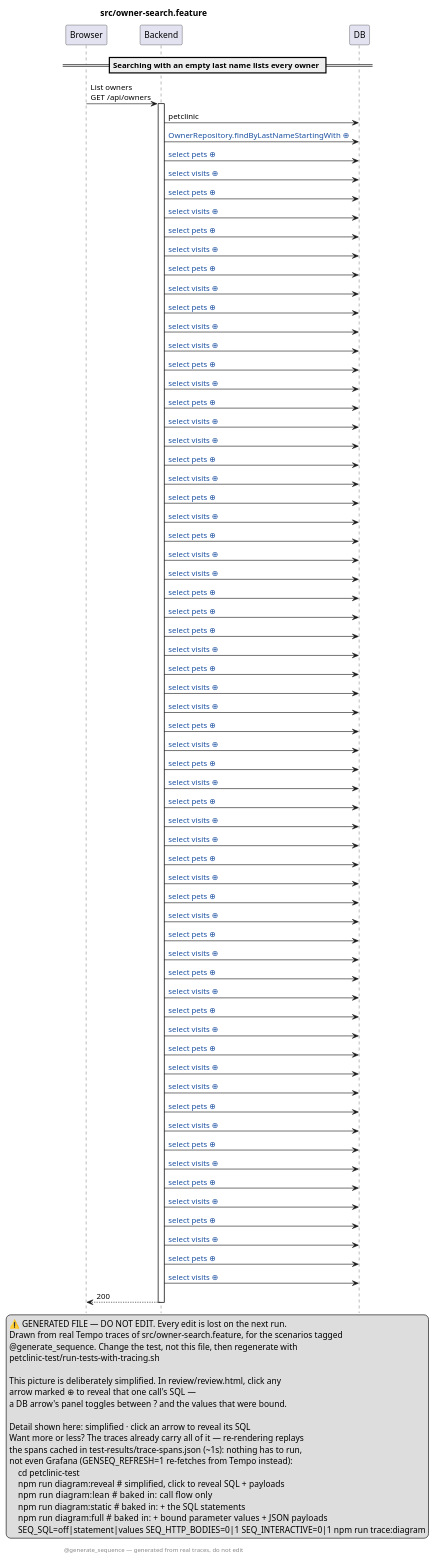
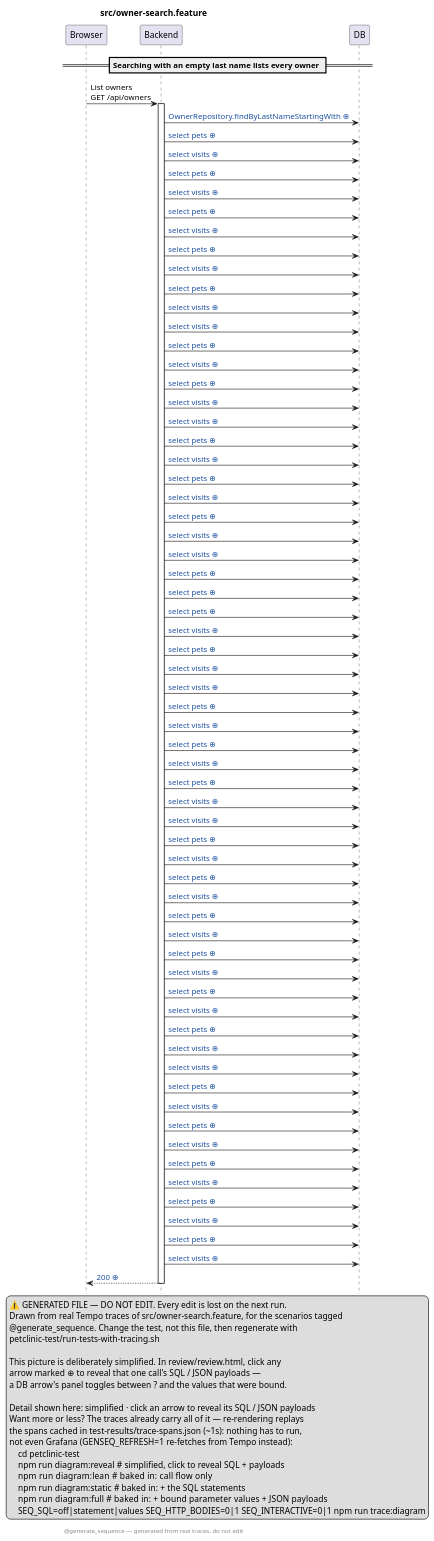
The diagram in petclinic-test/src/owner-search.feature.genseq.puml (victorrentea/petclinic), drawn with PlantUML before and after one commit. The commit also changed 3 other files, not shown here.

First line of the commit message:
docs(diagrams): regenerate for the renderer changes above

```diff
--- a/petclinic-test/src/owner-search.feature.genseq.puml
+++ b/petclinic-test/src/owner-search.feature.genseq.puml
@@ -1,99 +1,98 @@
 @startuml
 ' ⚠️  GENERATED FILE — DO NOT EDIT. Every edit is lost on the next run.
 hide footbox
 skinparam hyperlinkUnderline false
 skinparam hyperlinkColor #1A4FA0
 title src/owner-search.feature
 legend right
   ⚠️  GENERATED FILE — DO NOT EDIT. Every edit is lost on the next run.
   Drawn from real Tempo traces of src/owner-search.feature, for the scenarios tagged
   @generate_sequence. Change the test, not this file, then regenerate with
   petclinic-test/run-tests-with-tracing.sh
  
   This picture is deliberately simplified. In review/review.html, click any
-  arrow marked ⊕ to reveal that one call's SQL —
+  arrow marked ⊕ to reveal that one call's SQL / JSON payloads —
   a DB arrow's panel toggles between ? and the values that were bound.
  
-  Detail shown here: simplified · click an arrow to reveal its SQL
+  Detail shown here: simplified · click an arrow to reveal its SQL / JSON payloads
   Want more or less? The traces already carry all of it — re-rendering replays
   the spans cached in test-results/trace-spans.json (~1s): nothing has to run,
   not even Grafana (GENSEQ_REFRESH=1 re-fetches from Tempo instead):
       cd petclinic-test
       npm run diagram:reveal  # simplified, click to reveal SQL + payloads
       npm run diagram:lean    # baked in: call flow only
       npm run diagram:static  # baked in: + the SQL statements
       npm run diagram:full    # baked in: + bound parameter values + JSON payloads
       SEQ_SQL=off|statement|values SEQ_HTTP_BODIES=0|1 SEQ_INTERACTIVE=0|1 npm run trace:diagram
 end legend
 footer @generate_sequence — generated from real traces, do not edit
 participant Browser
 participant Backend
 participant DB
 == Searching with an empty last name lists every owner ==
 Browser -> Backend: List owners\nGET /api/owners
 activate Backend
-Backend -> DB: petclinic
 Backend -> DB: [[genseq://1aoufu2{Click for the statement behind this call} OwnerRepository.findByLastNameStartingWith ⊕]]
 Backend -> DB: [[genseq://1hjadar{Click for the statement behind this call} select pets ⊕]]
 Backend -> DB: [[genseq://1cdku0l{Click for the statement behind this call} select visits ⊕]]
 Backend -> DB: [[genseq://1ywvbwm{Click for the statement behind this call} select pets ⊕]]
 Backend -> DB: [[genseq://0d1jj9s{Click for the statement behind this call} select visits ⊕]]
 Backend -> DB: [[genseq://0zrdtil{Click for the statement behind this call} select pets ⊕]]
 Backend -> DB: [[genseq://11orrff{Click for the statement behind this call} select visits ⊕]]
 Backend -> DB: [[genseq://1e02kqw{Click for the statement behind this call} select pets ⊕]]
 Backend -> DB: [[genseq://1vijc0e{Click for the statement behind this call} select visits ⊕]]
 Backend -> DB: [[genseq://1afgvsf{Click for the statement behind this call} select pets ⊕]]
 Backend -> DB: [[genseq://1g0ncac{Click for the statement behind this call} select visits ⊕]]
 Backend -> DB: [[genseq://1dje28p{Click for the statement behind this call} select visits ⊕]]
 Backend -> DB: [[genseq://05qnn6q{Click for the statement behind this call} select pets ⊕]]
 Backend -> DB: [[genseq://0ko7c1b{Click for the statement behind this call} select visits ⊕]]
 Backend -> DB: [[genseq://04yaot5{Click for the statement behind this call} select pets ⊕]]
 Backend -> DB: [[genseq://0g653ka{Click for the statement behind this call} select visits ⊕]]
 Backend -> DB: [[genseq://17b1f4y{Click for the statement behind this call} select visits ⊕]]
 Backend -> DB: [[genseq://0j0trn8{Click for the statement behind this call} select pets ⊕]]
 Backend -> DB: [[genseq://16xt6fr{Click for the statement behind this call} select visits ⊕]]
 Backend -> DB: [[genseq://0qutb9k{Click for the statement behind this call} select pets ⊕]]
 Backend -> DB: [[genseq://005pv1s{Click for the statement behind this call} select visits ⊕]]
 Backend -> DB: [[genseq://0ow5hm5{Click for the statement behind this call} select pets ⊕]]
 Backend -> DB: [[genseq://1v91y5q{Click for the statement behind this call} select visits ⊕]]
 Backend -> DB: [[genseq://0jndtsl{Click for the statement behind this call} select visits ⊕]]
 Backend -> DB: [[genseq://1twjd9e{Click for the statement behind this call} select pets ⊕]]
 Backend -> DB: [[genseq://179pa5r{Click for the statement behind this call} select pets ⊕]]
 Backend -> DB: [[genseq://0spdoa4{Click for the statement behind this call} select pets ⊕]]
 Backend -> DB: [[genseq://112wt6j{Click for the statement behind this call} select visits ⊕]]
 Backend -> DB: [[genseq://1rv9amp{Click for the statement behind this call} select pets ⊕]]
 Backend -> DB: [[genseq://0s7bw5w{Click for the statement behind this call} select visits ⊕]]
 Backend -> DB: [[genseq://0q2g6ih{Click for the statement behind this call} select visits ⊕]]
 Backend -> DB: [[genseq://1vr3q9y{Click for the statement behind this call} select pets ⊕]]
 Backend -> DB: [[genseq://07widtu{Click for the statement behind this call} select visits ⊕]]
 Backend -> DB: [[genseq://11eqpar{Click for the statement behind this call} select pets ⊕]]
 Backend -> DB: [[genseq://1vvzxvz{Click for the statement behind this call} select visits ⊕]]
 Backend -> DB: [[genseq://0zn1he8{Click for the statement behind this call} select pets ⊕]]
 Backend -> DB: [[genseq://0nzx8gf{Click for the statement behind this call} select visits ⊕]]
 Backend -> DB: [[genseq://1hnj4n6{Click for the statement behind this call} select visits ⊕]]
 Backend -> DB: [[genseq://1yz2s51{Click for the statement behind this call} select pets ⊕]]
 Backend -> DB: [[genseq://106x3nx{Click for the statement behind this call} select visits ⊕]]
 Backend -> DB: [[genseq://1ui76yh{Click for the statement behind this call} select pets ⊕]]
 Backend -> DB: [[genseq://125n4x4{Click for the statement behind this call} select visits ⊕]]
 Backend -> DB: [[genseq://1wn2wlw{Click for the statement behind this call} select pets ⊕]]
 Backend -> DB: [[genseq://0p5qgoj{Click for the statement behind this call} select visits ⊕]]
 Backend -> DB: [[genseq://06hjrnf{Click for the statement behind this call} select pets ⊕]]
 Backend -> DB: [[genseq://1chbokm{Click for the statement behind this call} select visits ⊕]]
 Backend -> DB: [[genseq://10nowmm{Click for the statement behind this call} select pets ⊕]]
 Backend -> DB: [[genseq://1s8lcdt{Click for the statement behind this call} select visits ⊕]]
 Backend -> DB: [[genseq://1o34u8l{Click for the statement behind this call} select pets ⊕]]
 Backend -> DB: [[genseq://1xe5lsn{Click for the statement behind this call} select visits ⊕]]
 Backend -> DB: [[genseq://18kphn0{Click for the statement behind this call} select visits ⊕]]
 Backend -> DB: [[genseq://14lgvhs{Click for the statement behind this call} select pets ⊕]]
 Backend -> DB: [[genseq://1dn4wsq{Click for the statement behind this call} select visits ⊕]]
 Backend -> DB: [[genseq://0ccg4wn{Click for the statement behind this call} select pets ⊕]]
 Backend -> DB: [[genseq://1w0jtro{Click for the statement behind this call} select visits ⊕]]
 Backend -> DB: [[genseq://1klw40a{Click for the statement behind this call} select pets ⊕]]
 Backend -> DB: [[genseq://1tjajq1{Click for the statement behind this call} select visits ⊕]]
 Backend -> DB: [[genseq://1m8kh81{Click for the statement behind this call} select pets ⊕]]
 Backend -> DB: [[genseq://0chbrim{Click for the statement behind this call} select visits ⊕]]
 Backend -> DB: [[genseq://18567ho{Click for the statement behind this call} select pets ⊕]]
 Backend -> DB: [[genseq://13apewa{Click for the statement behind this call} select visits ⊕]]
-Backend --> Browser: 200
+Backend --> Browser: [[genseq://17t70qq{Click for this call’s JSON body} 200 ⊕]]
 deactivate Backend
 @enduml
```
